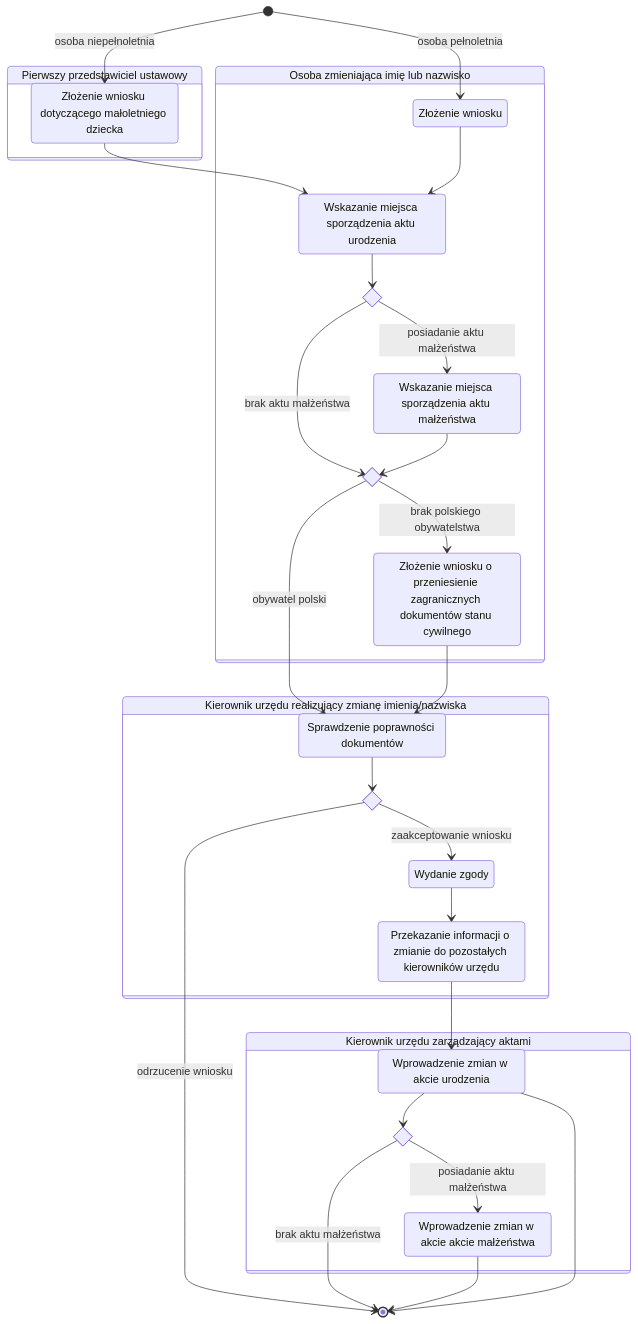
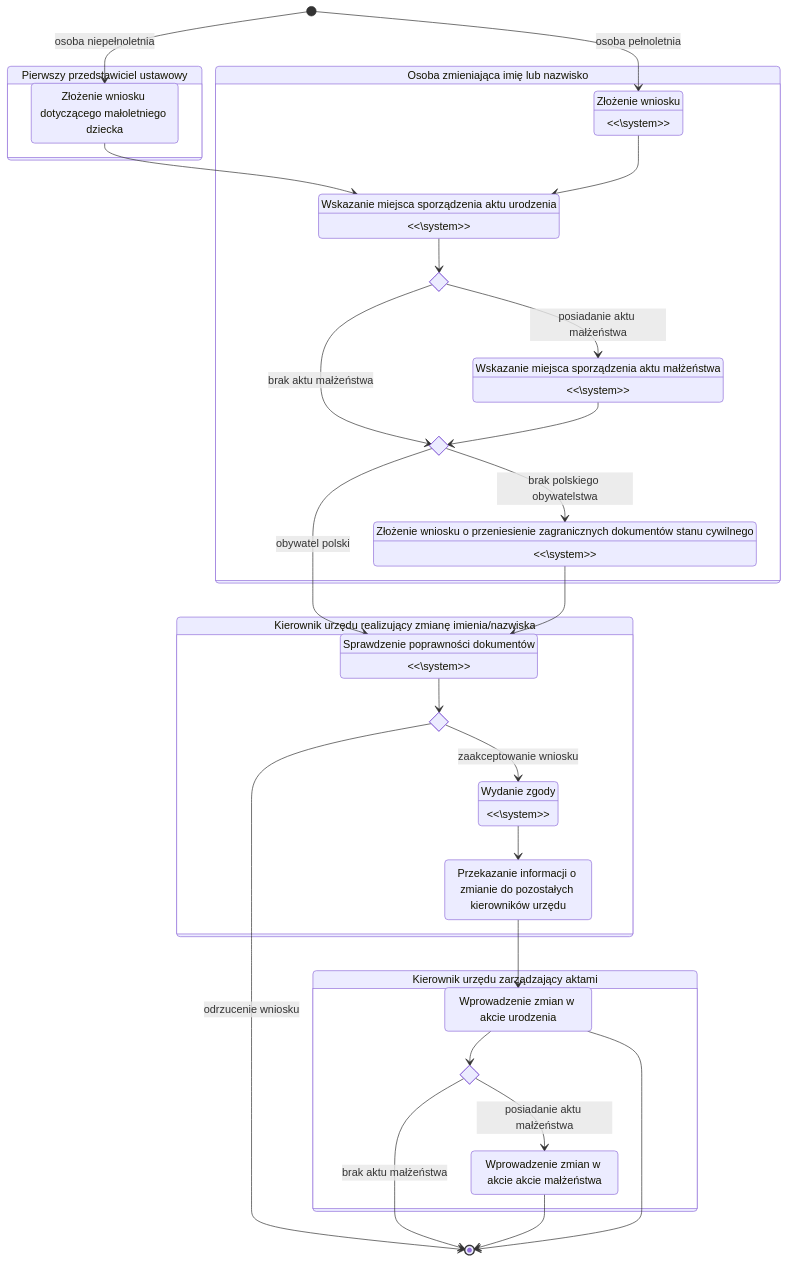
Before and after one commit to bartlomiejkrawczyk/ZPI-22Z: the first of 5 diagrams in README.md, drawn with Mermaid. The commit also changed other lines of this file, not shown here.

Commit message:
Add system annotation

````diff
--- a/README.md
+++ b/README.md
@@ -164,57 +164,63 @@
 ```mermaid
 stateDiagram
     [*] --> z1 : osoba pełnoletnia
     state "Osoba zmieniająca imię lub nazwisko" as zmieniający{
         direction LR
         state "Złożenie wniosku" as z1
+        state "<<\system>>" as z1
         state "Wskazanie miejsca sporządzenia aktu urodzenia" as z2
+        state "<<\system>>" as z2
         state "Wskazanie miejsca sporządzenia aktu małżeństwa" as z3
+        state "<<\system>>" as z3
         state if_mmalzenstwa <<choice>>
         state if_pol <<choice>>
         state "Złożenie wniosku o przeniesienie zagranicznych dokumentów stanu cywilnego" as z4
+        state "<<\system>>" as z4
     }
 
     [*] --> p1 : osoba niepełnoletnia
     p1 --> z2
     z1 --> z2
     z2 --> if_mmalzenstwa
     if_mmalzenstwa --> z3 : posiadanie aktu małżeństwa
     if_mmalzenstwa --> if_pol : brak aktu małżeństwa
     if_pol --> z4 : brak polskiego obywatelstwa
     if_pol --> k1 : obywatel polski
     z4 --> k1
     z3 --> if_pol
 
     state "Pierwszy przedstawiciel ustawowy" as przedstawiciel1{
         direction LR
         state "Złożenie wniosku dotyczącego małoletniego dziecka" as p1
     }
 
     state "Kierownik urzędu realizujący zmianę imienia/nazwiska" as kierownik1{
         direction LR
         state "Sprawdzenie poprawności dokumentów" as k1
+        state "<<\system>>" as k1
         state if_akcept <<choice>>
         state "Wydanie zgody" as k2
+        state "<<\system>>" as k2
         state "Przekazanie informacji o zmianie do pozostałych kierowników urzędu" as k3
     }
 
     k1 --> if_akcept
     if_akcept --> k2 : zaakceptowanie wniosku
     if_akcept --> [*] : odrzucenie wniosku
     k2 --> k3
     k3 --> k11
 
     state "Kierownik urzędu zarządzający aktami" as kierownik2{
         direction LR
         state "Wprowadzenie zmian w akcie urodzenia" as k11
         state if_malzenstwo <<choice>>
         state "Wprowadzenie zmian w akcie akcie małżeństwa" as k12
     }
 
     k11 --> if_malzenstwo
     if_malzenstwo --> k12 : posiadanie aktu małżeństwa
     if_malzenstwo --> [*] : brak aktu małżeństwa
 
     k12 --> [*]
     k11 --> [*]
 ```
````
